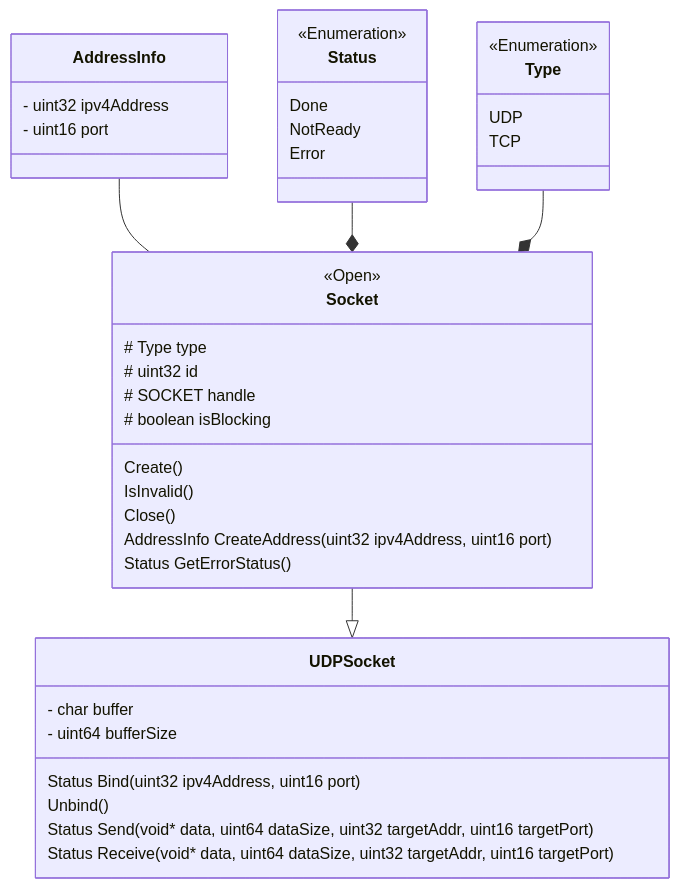
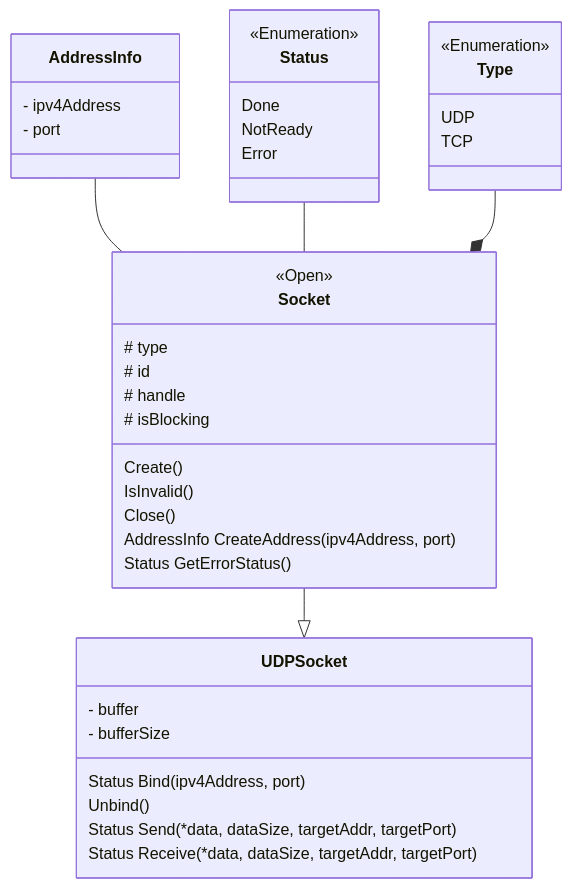
The diagram in CS260 - Computer Networking/UDP TestBed/README.md (diren-13/DigiPen), drawn with Mermaid before and after one commit.

Commit message:
Updated UDPTestBed README

````diff
--- a/CS260 - Computer Networking/UDP TestBed/README.md
+++ b/CS260 - Computer Networking/UDP TestBed/README.md
@@ -8,55 +8,55 @@
 ```mermaid
 classDiagram
   direction BT
 
   class AddressInfo {
-    - uint32 ipv4Address
-    - uint16 port
+    - ipv4Address
+    - port
   }
 
   class Socket {
     <<Open>>
-    # Type type
-    # uint32 id
-    # SOCKET handle
-    # boolean isBlocking
+    # type
+    # id
+    # handle
+    # isBlocking
 
     Create()
     IsInvalid()
     Close()
 
-    AddressInfo CreateAddress(uint32 ipv4Address, uint16 port)
+    AddressInfo CreateAddress(ipv4Address, port)
     Status GetErrorStatus()
   }
 
   class Status {
     <<Enumeration>>
     Done
     NotReady
     Error
   }
 
   class Type {
     <<Enumeration>>
     UDP
     TCP
   }
 
   class UDPSocket {
-    - char buffer
-    - uint64 bufferSize
+    - buffer
+    - bufferSize
 
-    Status Bind(uint32 ipv4Address, uint16 port)
+    Status Bind(ipv4Address, port)
     Unbind()
-    Status Send(void* data, uint64 dataSize, uint32 targetAddr, uint16 targetPort)
-    Status Receive(void* data, uint64 dataSize, uint32 targetAddr, uint16 targetPort)
+    Status Send(*data, dataSize, targetAddr, targetPort)
+    Status Receive(*data, dataSize, targetAddr, targetPort)
   }
 
 
   %% Define Relationships
   Socket      --    AddressInfo
-  Socket      *--   Status
+  Socket      --    Status
   Socket      *--   Type
   UDPSocket   <|--  Socket
 
 ```
````
